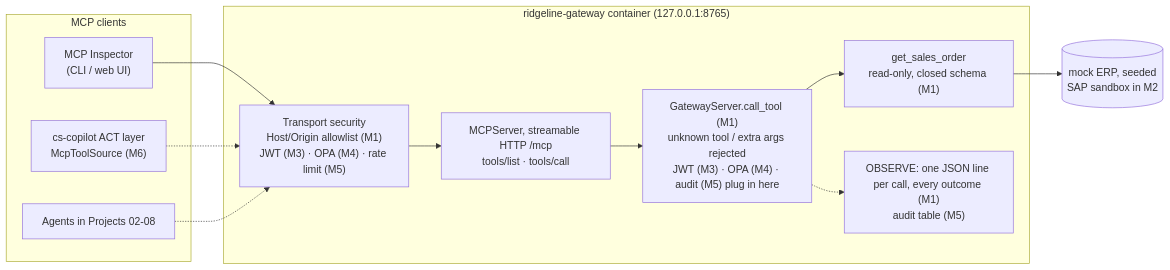
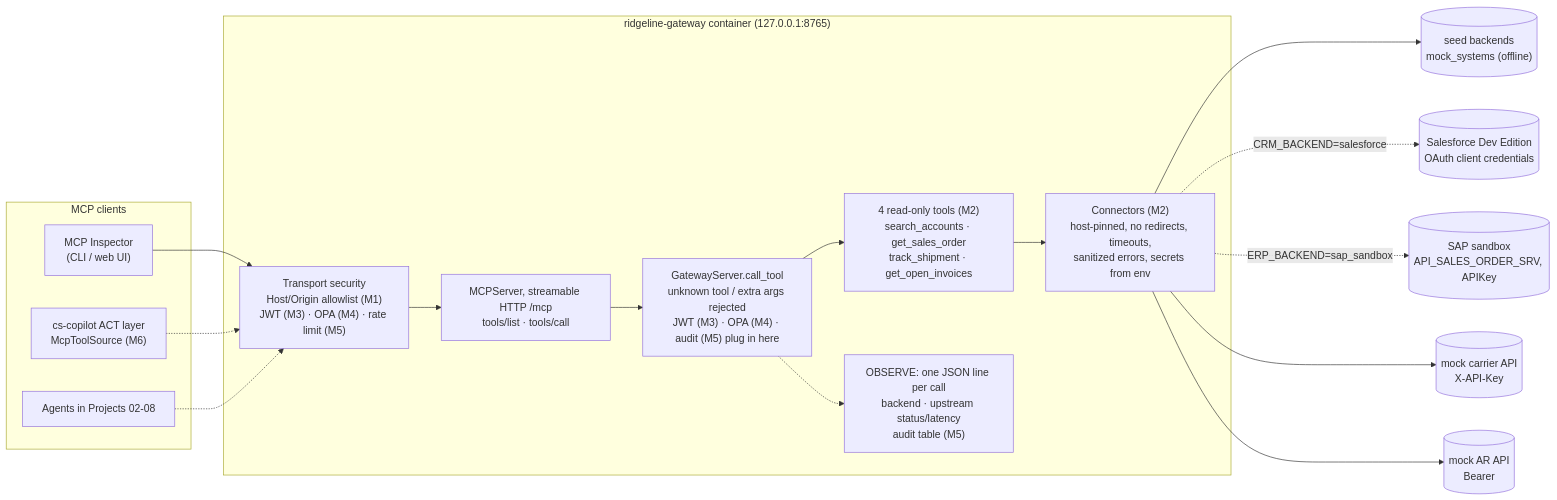
Before and after one commit to bwartman2015/agentic-integration-portfolio: the second of 2 diagrams in projects/01-enterprise-mcp-gateway/docs/agent-architecture.md, drawn with Mermaid. The commit also changed other lines of this file and 36 other files, not shown here.

````diff
--- a/projects/01-enterprise-mcp-gateway/docs/agent-architecture.md
+++ b/projects/01-enterprise-mcp-gateway/docs/agent-architecture.md
@@ -47,21 +47,31 @@
 ```mermaid
 flowchart LR
     subgraph Clients["MCP clients"]
         INS["MCP Inspector<br/>(CLI / web UI)"]
         CP["cs-copilot ACT layer<br/>McpToolSource (M6)"]
         OTH["Agents in Projects 02-08"]
     end
     subgraph GW["ridgeline-gateway container (127.0.0.1:8765)"]
         TS["Transport security<br/>Host/Origin allowlist (M1)<br/>JWT (M3) · OPA (M4) · rate limit (M5)"]
         MCPS["MCPServer, streamable HTTP /mcp<br/>tools/list · tools/call"]
-        CT["GatewayServer.call_tool (M1)<br/>unknown tool / extra args rejected<br/>JWT (M3) · OPA (M4) · audit (M5) plug in here"]
-        T1["get_sales_order<br/>read-only, closed schema (M1)"]
-        LOG["OBSERVE: one JSON line per call, every outcome (M1)<br/>audit table (M5)"]
+        CT["GatewayServer.call_tool<br/>unknown tool / extra args rejected<br/>JWT (M3) · OPA (M4) · audit (M5) plug in here"]
+        TOOLS["4 read-only tools (M2)<br/>search_accounts · get_sales_order<br/>track_shipment · get_open_invoices"]
+        CONN["Connectors (M2)<br/>host-pinned, no redirects, timeouts,<br/>sanitized errors, secrets from env"]
+        LOG["OBSERVE: one JSON line per call<br/>backend · upstream status/latency<br/>audit table (M5)"]
     end
-    ERP[("mock ERP, seeded<br/>SAP sandbox in M2")]
+    SEED[("seed backends<br/>mock_systems (offline)")]
+    SF[("Salesforce Dev Edition<br/>OAuth client credentials")]
+    SAP[("SAP sandbox<br/>API_SALES_ORDER_SRV, APIKey")]
+    CAR[("mock carrier API<br/>X-API-Key")]
+    AR[("mock AR API<br/>Bearer")]
     INS --> TS
     CP -.-> TS
     OTH -.-> TS
-    TS --> MCPS --> CT --> T1 --> ERP
+    TS --> MCPS --> CT --> TOOLS --> CONN
     CT -.-> LOG
+    CONN --> SEED
+    CONN -. "CRM_BACKEND=salesforce" .-> SF
+    CONN -. "ERP_BACKEND=sap_sandbox" .-> SAP
+    CONN --> CAR
+    CONN --> AR
 ```
````
